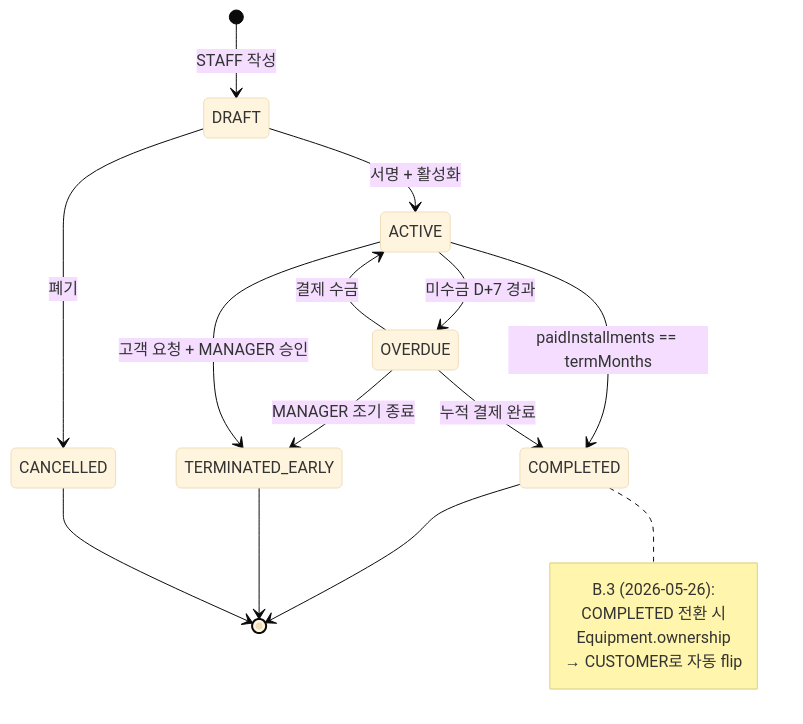
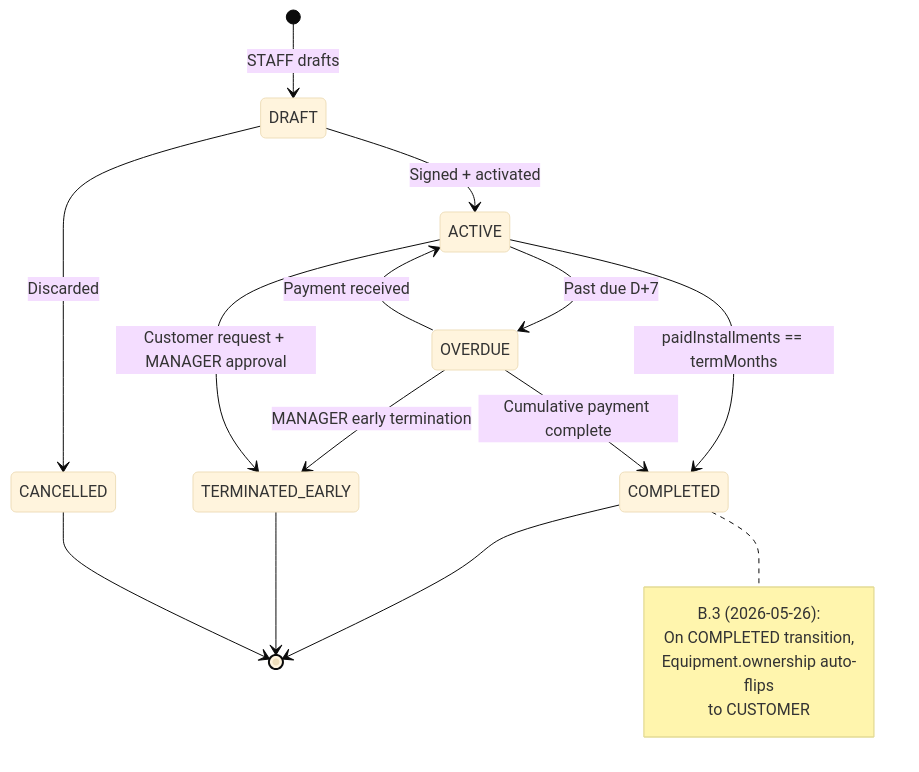
Diagram 11 of 43 in docs/USER_WORKFLOWS.md (JoJakeTaemoon/jakes-home-appliances-soms), drawn with Mermaid (base theme) before and after one commit. The commit also changed other lines of this file and 1 other file, not shown here.

First line of the commit message:
docs(workflows): add per-Part summary diagrams to HOW_TO_USE.md + translate USER_WORKFLOWS.md to English

````diff
--- a/docs/USER_WORKFLOWS.md
+++ b/docs/USER_WORKFLOWS.md
@@ -358,26 +358,26 @@
 ```mermaid
 stateDiagram-v2
-  [*] --> DRAFT: STAFF 작성
-  DRAFT --> ACTIVE: 서명 + 활성화
-  DRAFT --> CANCELLED: 폐기
+  [*] --> DRAFT: STAFF drafts
+  DRAFT --> ACTIVE: Signed + activated
+  DRAFT --> CANCELLED: Discarded
 
-  ACTIVE --> OVERDUE: 미수금 D+7 경과
-  OVERDUE --> ACTIVE: 결제 수금
-  OVERDUE --> TERMINATED_EARLY: MANAGER 조기 종료
+  ACTIVE --> OVERDUE: Past due D+7
+  OVERDUE --> ACTIVE: Payment received
+  OVERDUE --> TERMINATED_EARLY: MANAGER early termination
 
   ACTIVE --> COMPLETED: paidInstallments == termMonths
-  OVERDUE --> COMPLETED: 누적 결제 완료
+  OVERDUE --> COMPLETED: Cumulative payment complete
 
-  ACTIVE --> TERMINATED_EARLY: 고객 요청 + MANAGER 승인
+  ACTIVE --> TERMINATED_EARLY: Customer request + MANAGER approval
 
   COMPLETED --> [*]
   TERMINATED_EARLY --> [*]
   CANCELLED --> [*]
 
   note right of COMPLETED
     B.3 (2026-05-26):
-    COMPLETED 전환 시
-    Equipment.ownership
-    → CUSTOMER로 자동 flip
+    On COMPLETED transition,
+    Equipment.ownership auto-flips
+    to CUSTOMER
   end note
 ```
````
